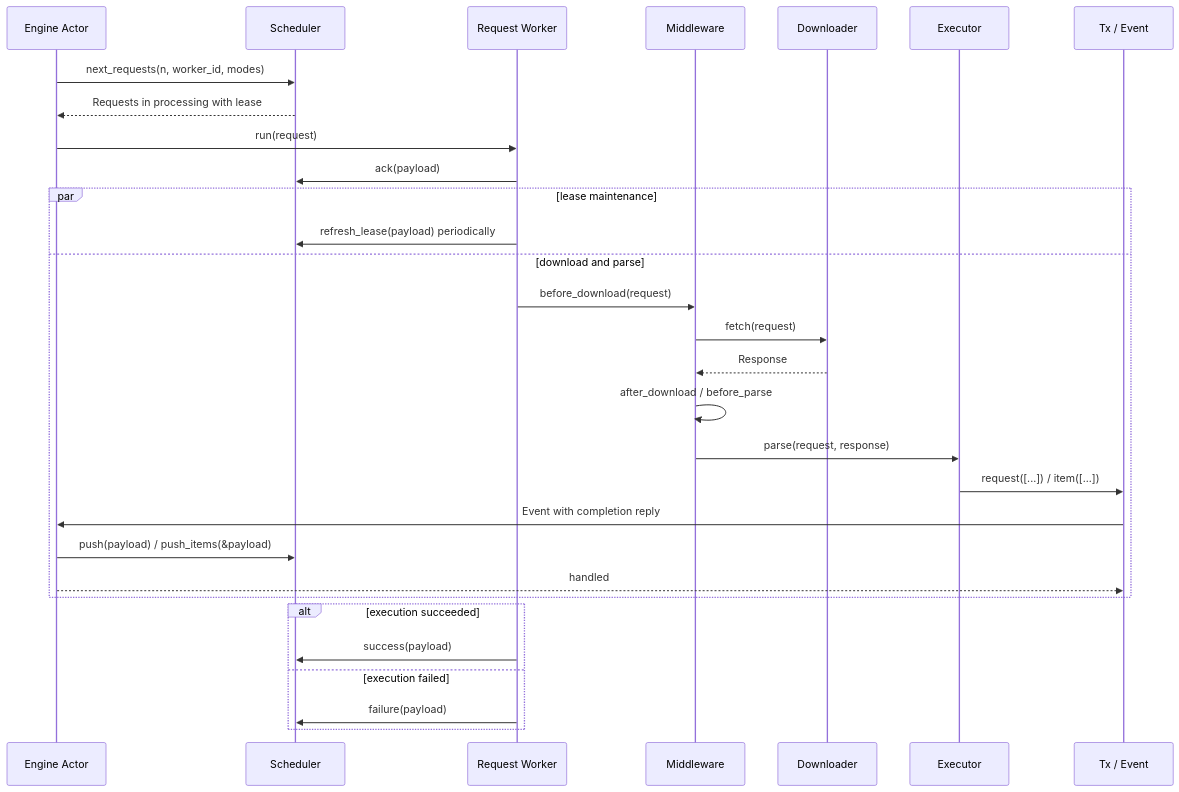
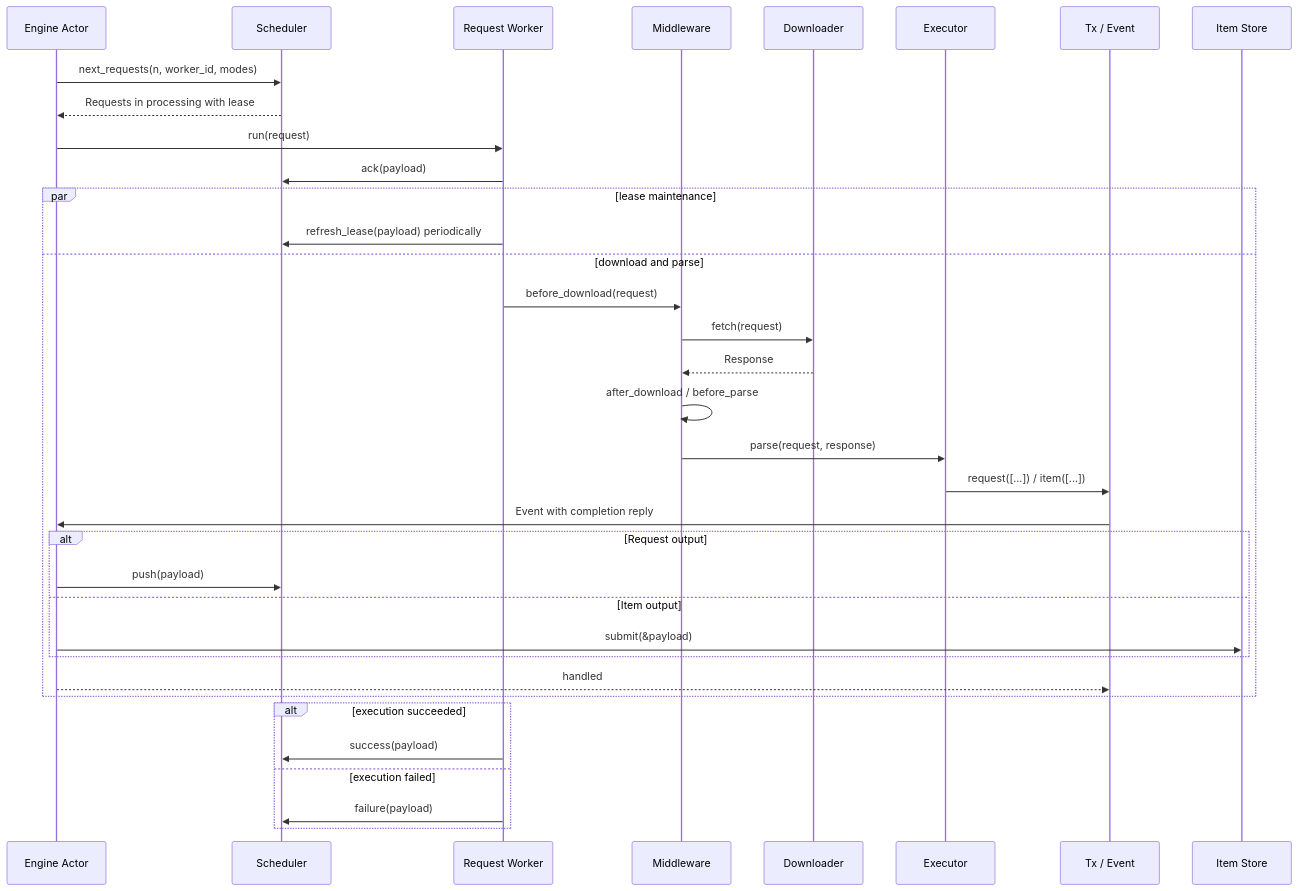
One commit to halo-space/crawler changed the fifth of 5 diagrams in docs/architecture.md. Above: the diagram before and after it, drawn with Mermaid. The commit also changed other lines of this file and 63 other files, not shown here.

Commit message:
refactor: separate item store from scheduler

````diff
--- a/docs/architecture.md
+++ b/docs/architecture.md
@@ -525,33 +524,38 @@
 ```mermaid
 sequenceDiagram
     participant A as Engine Actor
     participant S as Scheduler
     participant W as Request Worker
     participant M as Middleware
     participant D as Downloader
     participant E as Executor
     participant T as Tx / Event
+    participant I as Item Store
 
     A->>S: next_requests(n, worker_id, modes)
     S-->>A: Requests in processing with lease
     A->>W: run(request)
     W->>S: ack(payload)
     par lease maintenance
         W->>S: refresh_lease(payload) periodically
     and download and parse
         W->>M: before_download(request)
         M->>D: fetch(request)
         D-->>M: Response
         M->>M: after_download / before_parse
         M->>E: parse(request, response)
         E->>T: request([...]) / item([...])
         T->>A: Event with completion reply
-        A->>S: push(payload) / push_items(&payload)
+        alt Request output
+            A->>S: push(payload)
+        else Item output
+            A->>I: submit(&payload)
+        end
         A-->>T: handled
     end
     alt execution succeeded
         W->>S: success(payload)
     else execution failed
         W->>S: failure(payload)
     end
 ```
````
